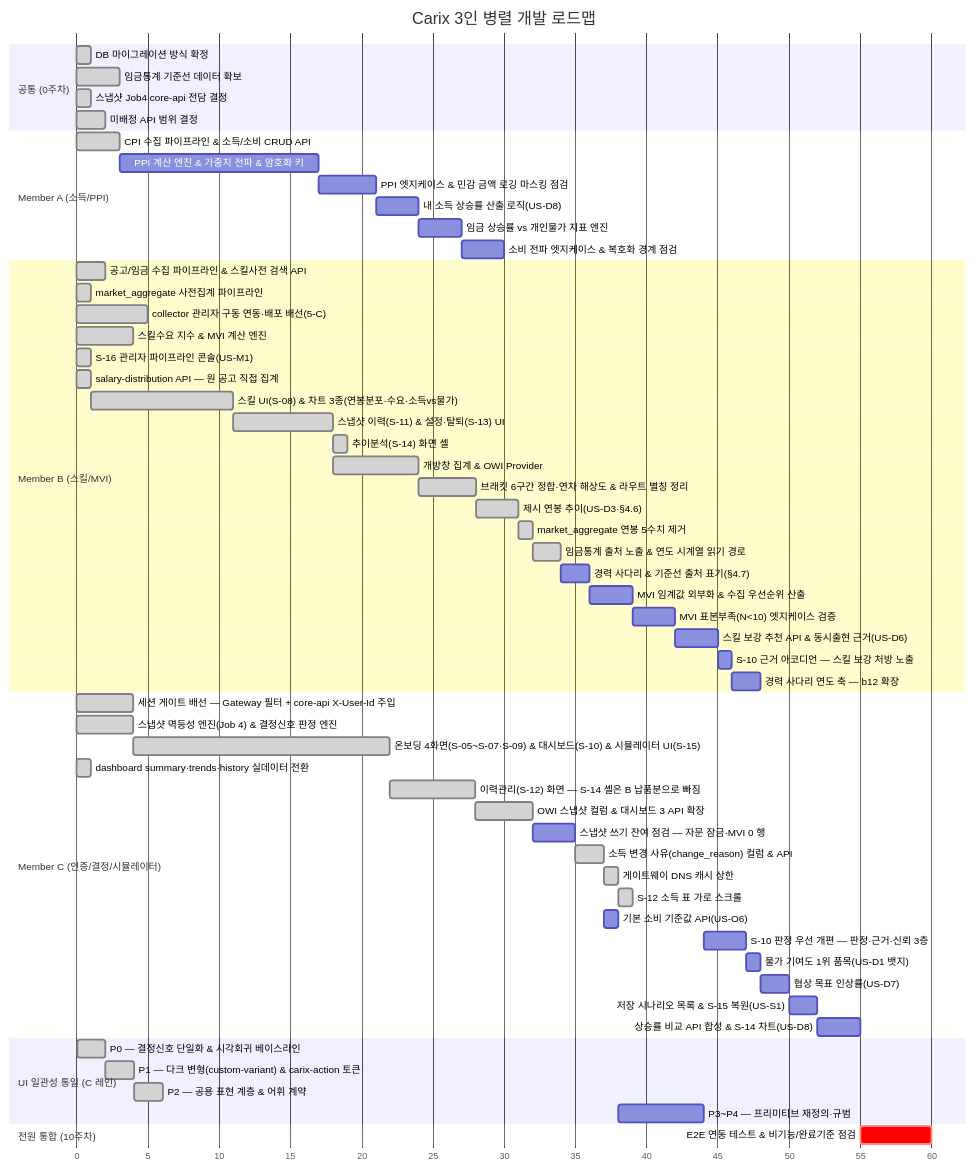
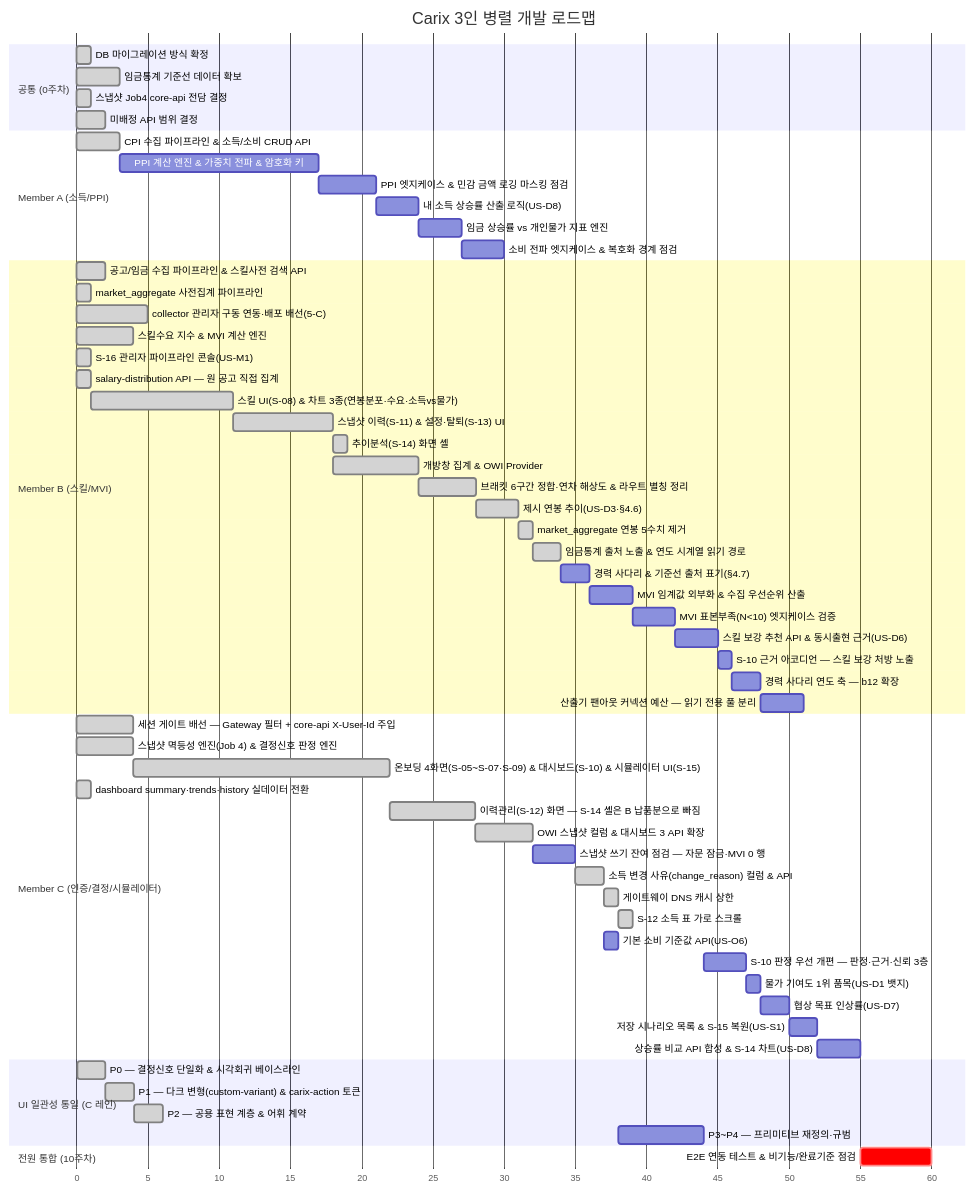
Before and after one commit to SeoHyeokGyu/Carix: the first of 2 diagrams in docs/plans/carix-dev-plan.md, drawn with Mermaid. The commit also changed other lines of this file and 3 other files, not shown here.

First line of the commit message:
docs: 스냅샷 데이터 결함 해소와 팬아웃 커넥션 예산(b17)을 반영한다

````diff
--- a/docs/plans/carix-dev-plan.md
+++ b/docs/plans/carix-dev-plan.md
@@ -89,63 +89,64 @@
 ```mermaid
 gantt
     title Carix 3인 병렬 개발 로드맵
     dateFormat X
     axisFormat %s
     section 공통 (0주차)
     DB 마이그레이션 방식 확정 :done, c0a, 0, 1s
     임금통계 기준선 데이터 확보 :done, a0, 3, 3s
     스냅샷 Job4 core-api 전담 결정 :done, i0, 7, 1s
     미배정 API 범위 결정 :done, c0, 7, 2s
     section Member A (소득/PPI)
     CPI 수집 파이프라인 & 소득/소비 CRUD API :done, a1, 12, 3s
     PPI 계산 엔진 & 가중치 전파 & 암호화 키 :a2, after a1, 14s
     PPI 엣지케이스 & 민감 금액 로깅 마스킹 점검 :a7, after a2, 4s
     내 소득 상승률 산출 로직(US-D8) :a9, after a7, 3s
     임금 상승률 vs 개인물가 지표 엔진 :a10, after a9, 3s
     소비 전파 엣지케이스 & 복호화 경계 점검 :a12, after a10, 3s
     section Member B (스킬/MVI)
     공고/임금 수집 파이프라인 & 스킬사전 검색 API :done, b1, 2, 2s
     market_aggregate 사전집계 파이프라인 :done, b2a, 3, 1s
     collector 관리자 구동 연동·배포 배선(5-C) :done, b0, 7, 5s
     스킬수요 지수 & MVI 계산 엔진 :done, b2, 8, 4s
     S-16 관리자 파이프라인 콘솔(US-M1) :done, b16, 14, 1s
     salary-distribution API — 원 공고 직접 집계 :done, b3a, 15, 1s
     스킬 UI(S-08) & 차트 3종(연봉분포·수요·소득vs물가) :done, b3, after b3a, 10s
     스냅샷 이력(S-11) & 설정·탈퇴(S-13) UI :done, b4, after b3, 7s
     추이분석(S-14) 화면 셸 :done, b4a, after b4, 1s
     개방창 집계 & OWI Provider :done, b6, after b4, 6s
     브래킷 6구간 정합·연차 해상도 & 라우트 별칭 정리 :done, b7, after b6, 4s
     제시 연봉 추이(US-D3·§4.6) :done, b10, after b7, 3s
     market_aggregate 연봉 5수치 제거 :done, b11, after b10, 1s
     임금통계 출처 노출 & 연도 시계열 읽기 경로 :done, b13, after b11, 2s
     경력 사다리 & 기준선 출처 표기(§4.7) :b12, after b13, 2s
     MVI 임계값 외부화 & 수집 우선순위 산출 :b8, after b12, 3s
     MVI 표본부족(N<10) 엣지케이스 검증 :b8a, after b8, 3s
     스킬 보강 추천 API & 동시출현 근거(US-D6) :b9, after b8a, 3s
     S-10 근거 아코디언 — 스킬 보강 처방 노출 :b15, after b9, 1s
     경력 사다리 연도 축 — b12 확장 :b14, after b15, 2s
+    산출기 팬아웃 커넥션 예산 — 읽기 전용 풀 분리 :b17, after b14, 3s
     section Member C (인증/결정/시뮬레이터)
     세션 게이트 배선 — Gateway 필터 + core-api X-User-Id 주입 :done, c0b, 7, 4s
     스냅샷 멱등성 엔진(Job 4) & 결정신호 판정 엔진 :done, c2, 8, 4s
     온보딩 4화면(S-05~S-07·S-09) & 대시보드(S-10) & 시뮬레이터 UI(S-15) :done, c3, after c2, 18s
     dashboard summary·trends·history 실데이터 전환 :done, c4a, 15, 1s
     이력관리(S-12) 화면 — S-14 셸은 B 납품분으로 빠짐 :done, c4, after c3, 6s
     OWI 스냅샷 컬럼 & 대시보드 3 API 확장 :done, c6, after c4, 4s
     스냅샷 쓰기 잔여 점검 — 자문 잠금·MVI 0 행 :c5, after c6, 3s
     소득 변경 사유(change_reason) 컬럼 & API :done, c10, after c5, 2s
     게이트웨이 DNS 캐시 상한 :done, c7, after c10, 1s
     S-12 소득 표 가로 스크롤 :done, c13, after c7, 1s
     기본 소비 기준값 API(US-O6) :c11, after c10, 1s
     S-10 판정 우선 개편 — 판정·근거·신뢰 3층 :c15, after ui3, 3s
     물가 기여도 1위 품목(US-D1 뱃지) :c12, after c15, 1s
     협상 목표 인상률(US-D7) :c8, after c12, 2s
     저장 시나리오 목록 & S-15 복원(US-S1) :c9, after c8, 2s
     상승률 비교 API 합성 & S-14 차트(US-D8) :c14, after c9 a9 a10 b13, 3s
     section UI 일관성 통일 (C 레인)
     P0 — 결정신호 단일화 & 시각회귀 베이스라인 :done, ui0, 33, 2s
     P1 — 다크 변형(custom-variant) & carix-action 토큰 :done, ui1, after ui0, 2s
     P2 — 공용 표현 계층 & 어휘 계약 :done, ui2, after ui1, 2s
     P3~P4 — 프리미티브 재정의·규범 :ui3, after c11, 6s
     section 전원 통합 (10주차)
     E2E 연동 테스트 & 비기능/완료기준 점검 :crit, e2e, after a12 b14 c14, 5s
 ```
````
